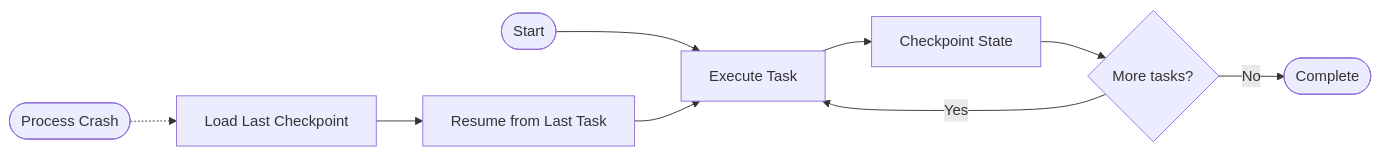
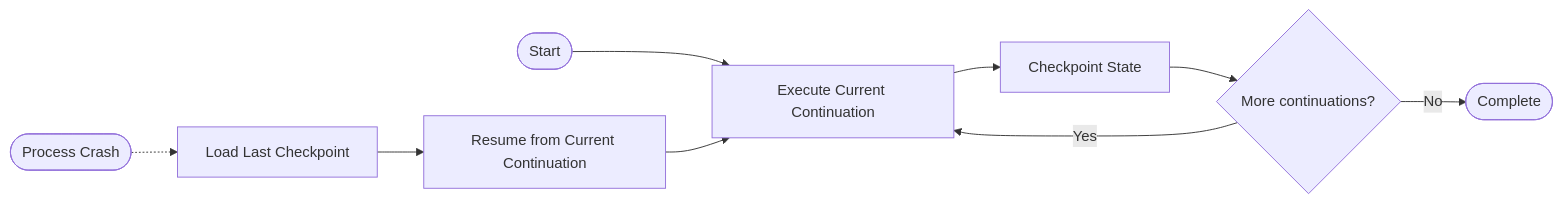
Before and after one commit to sayiir/sayiir: the second of 2 diagrams in website/src/content/docs/concepts/architecture.mdx, drawn with Mermaid. The commit also changed other lines of this file and 4 other files, not shown here.

````diff
--- a/website/src/content/docs/concepts/architecture.mdx
+++ b/website/src/content/docs/concepts/architecture.mdx
@@ -70,12 +70,12 @@
 ```mermaid
 graph LR
-    Start([Start]) --> Execute[Execute Task]
+    Start([Start]) --> Execute[Execute Current Continuation]
     Execute --> Checkpoint[Checkpoint State]
-    Checkpoint --> More{More tasks?}
+    Checkpoint --> More{More continuations?}
     More -->|Yes| Execute
     More -->|No| Complete([Complete])
 
     Crash([Process Crash]) -.-> Load[Load Last Checkpoint]
-    Load --> Resume[Resume from Last Task]
+    Load --> Resume[Resume from Current Continuation]
     Resume --> Execute
 ```
````
